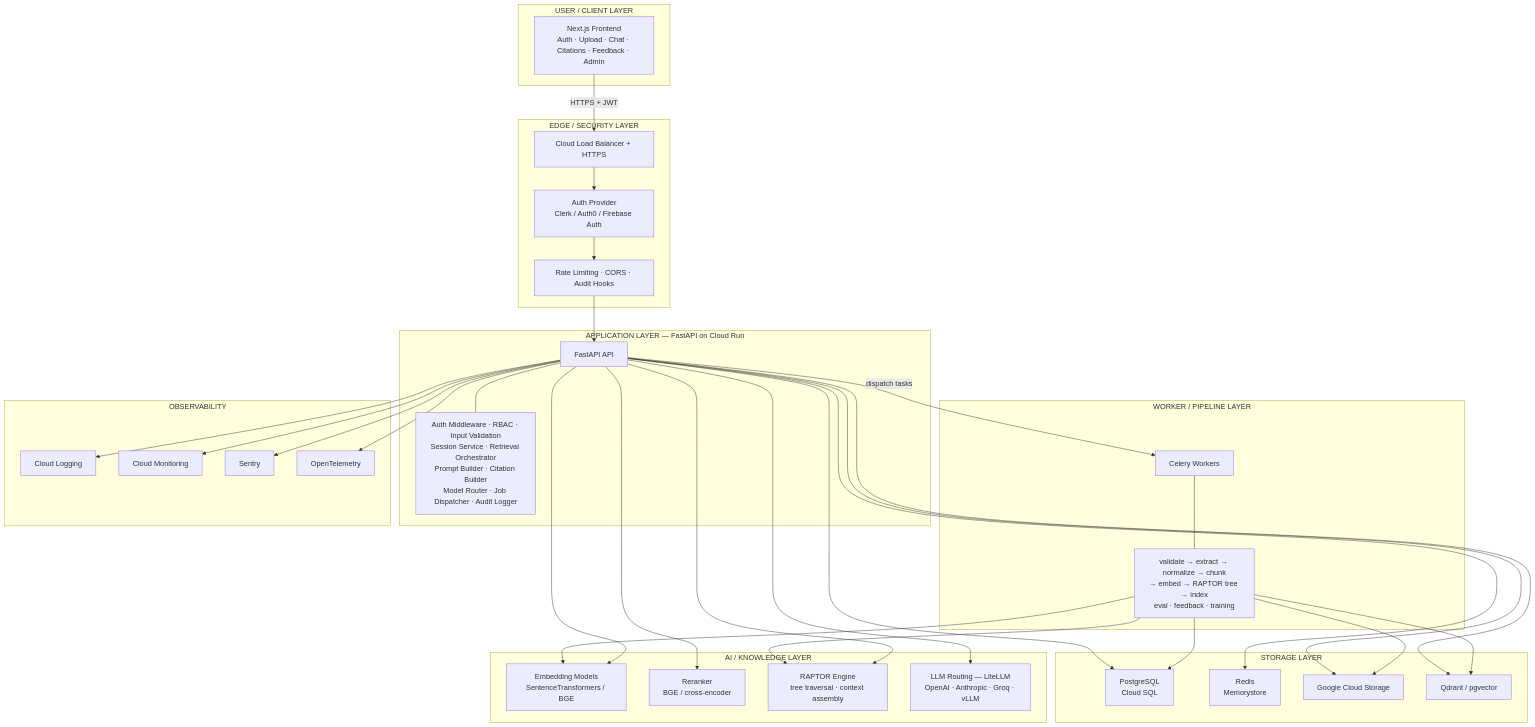
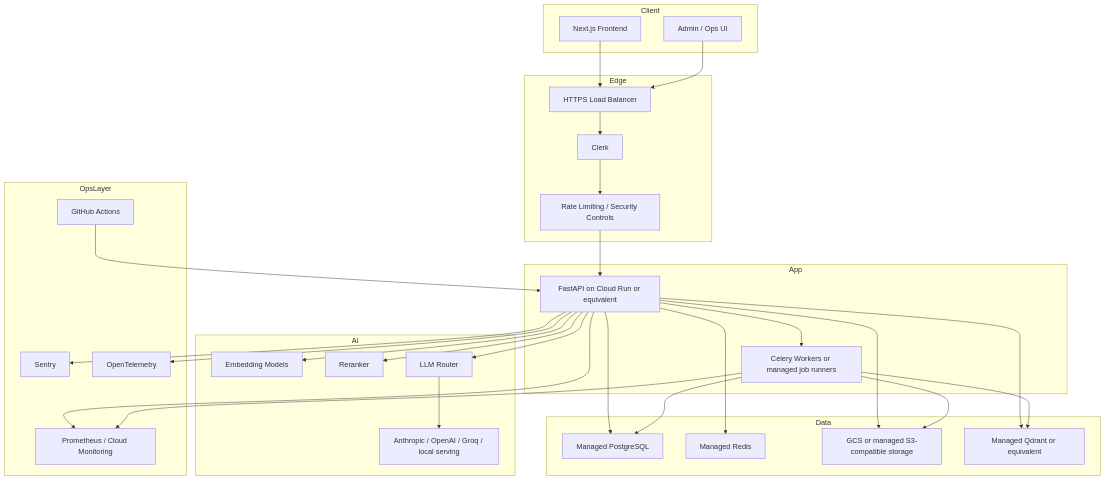
One commit to priyankmistry21699-web/raptor-research-assistant changed the second of 2 diagrams in ARCHITECTURE.md. Above: the diagram before and after it, drawn with Mermaid. The commit also changed other lines of this file and 5 other files, not shown here.

Commit message:
Refresh architecture docs and local runtime config

````diff
--- a/ARCHITECTURE.md
+++ b/ARCHITECTURE.md
@@ -10,68 +219,62 @@
 ```mermaid
 flowchart TB
-    subgraph CLIENT["USER / CLIENT LAYER"]
-        FE["Next.js Frontend<br/>Auth · Upload · Chat · Citations · Feedback · Admin"]
+    subgraph Client
+        FE[Next.js Frontend]
+        Ops[Admin / Ops UI]
     end
 
-    subgraph EDGE["EDGE / SECURITY LAYER"]
-        LB["Cloud Load Balancer + HTTPS"]
-        AUTH["Auth Provider<br/>Clerk / Auth0 / Firebase Auth"]
-        RL["Rate Limiting · CORS · Audit Hooks"]
+    subgraph Edge
+        LB[HTTPS Load Balancer]
+        Clerk[Clerk]
+        WAF[Rate Limiting / Security Controls]
     end
 
-    subgraph APP["APPLICATION LAYER — FastAPI on Cloud Run"]
-        API["FastAPI API"]
-        MODS["Auth Middleware · RBAC · Input Validation<br/>Session Service · Retrieval Orchestrator<br/>Prompt Builder · Citation Builder<br/>Model Router · Job Dispatcher · Audit Logger"]
+    subgraph App
+        API[FastAPI on Cloud Run or equivalent]
+        Worker[Celery Workers or managed job runners]
     end
 
-    subgraph PROCESSING["WORKER / PIPELINE LAYER"]
-        CELERY["Celery Workers"]
-        JOBS["validate → extract → normalize → chunk<br/>→ embed → RAPTOR tree → index<br/>eval · feedback · training"]
+    subgraph Data
+        CloudSQL[Managed PostgreSQL]
+        Memorystore[Managed Redis]
+        ObjectStore[GCS or managed S3-compatible storage]
+        VectorDB[Managed Qdrant or equivalent]
     end
 
-    subgraph STORAGE["STORAGE LAYER"]
-        PG["PostgreSQL<br/>Cloud SQL"]
-        REDIS["Redis<br/>Memorystore"]
-        GCS["Google Cloud Storage"]
-        QDRANT["Qdrant / pgvector"]
+    subgraph AI
+        Embed[Embedding Models]
+        Rerank[Reranker]
+        Router[LLM Router]
+        Providers[Anthropic / OpenAI / Groq / local serving]
     end
 
-    subgraph AI["AI / KNOWLEDGE LAYER"]
-        EMB["Embedding Models<br/>SentenceTransformers / BGE"]
-        RERANK["Reranker<br/>BGE / cross-encoder"]
-        RAPTOR["RAPTOR Engine<br/>tree traversal · context assembly"]
-        LLM["LLM Routing — LiteLLM<br/>OpenAI · Anthropic · Groq · vLLM"]
+    subgraph OpsLayer
+        Sentry[Sentry]
+        Metrics[Prometheus / Cloud Monitoring]
+        Tracing[OpenTelemetry]
+        CI[GitHub Actions]
     end
 
-    subgraph OPS["OBSERVABILITY"]
-        LOG["Cloud Logging"]
-        MON["Cloud Monitoring"]
-        SENTRY["Sentry"]
-        OTEL["OpenTelemetry"]
-    end
-
-    FE -->|HTTPS + JWT| LB
-    LB --> AUTH
-    AUTH --> RL
-    RL --> API
-    API --- MODS
-    API --> PG
-    API --> REDIS
-    API --> GCS
-    API --> QDRANT
-    API -->|dispatch tasks| CELERY
-    CELERY --- JOBS
-    JOBS --> PG
-    JOBS --> GCS
-    JOBS --> QDRANT
-    JOBS --> EMB
-    JOBS --> RAPTOR
-    API --> EMB
-    API --> RERANK
-    API --> RAPTOR
-    API --> LLM
-    API --> LOG
-    API --> MON
-    API --> SENTRY
-    API --> OTEL
+    FE --> LB
+    Ops --> LB
+    LB --> Clerk
+    Clerk --> WAF
+    WAF --> API
+    API --> CloudSQL
+    API --> Memorystore
+    API --> ObjectStore
+    API --> VectorDB
+    API --> Worker
+    Worker --> CloudSQL
+    Worker --> ObjectStore
+    Worker --> VectorDB
+    API --> Embed
+    API --> Rerank
+    API --> Router
+    Router --> Providers
+    API --> Sentry
+    API --> Metrics
+    API --> Tracing
+    Worker --> Metrics
+    CI --> API
 ```
````
